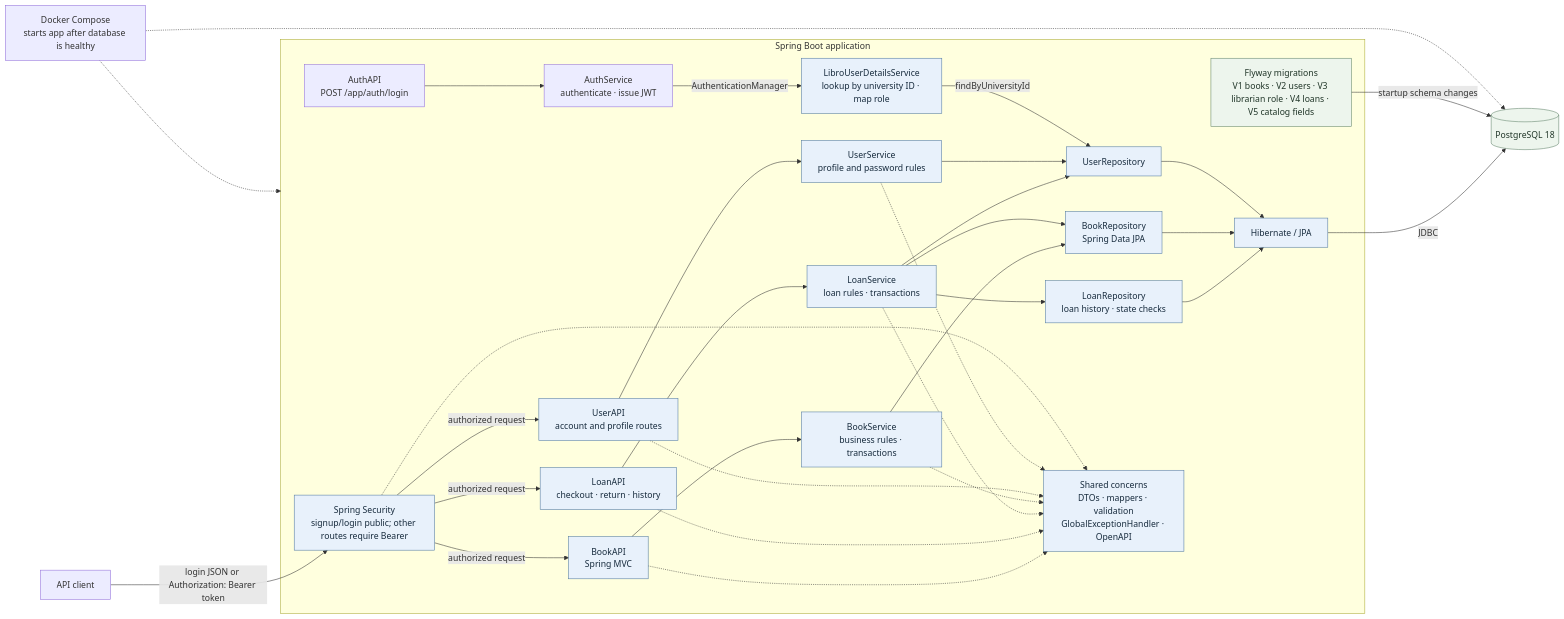
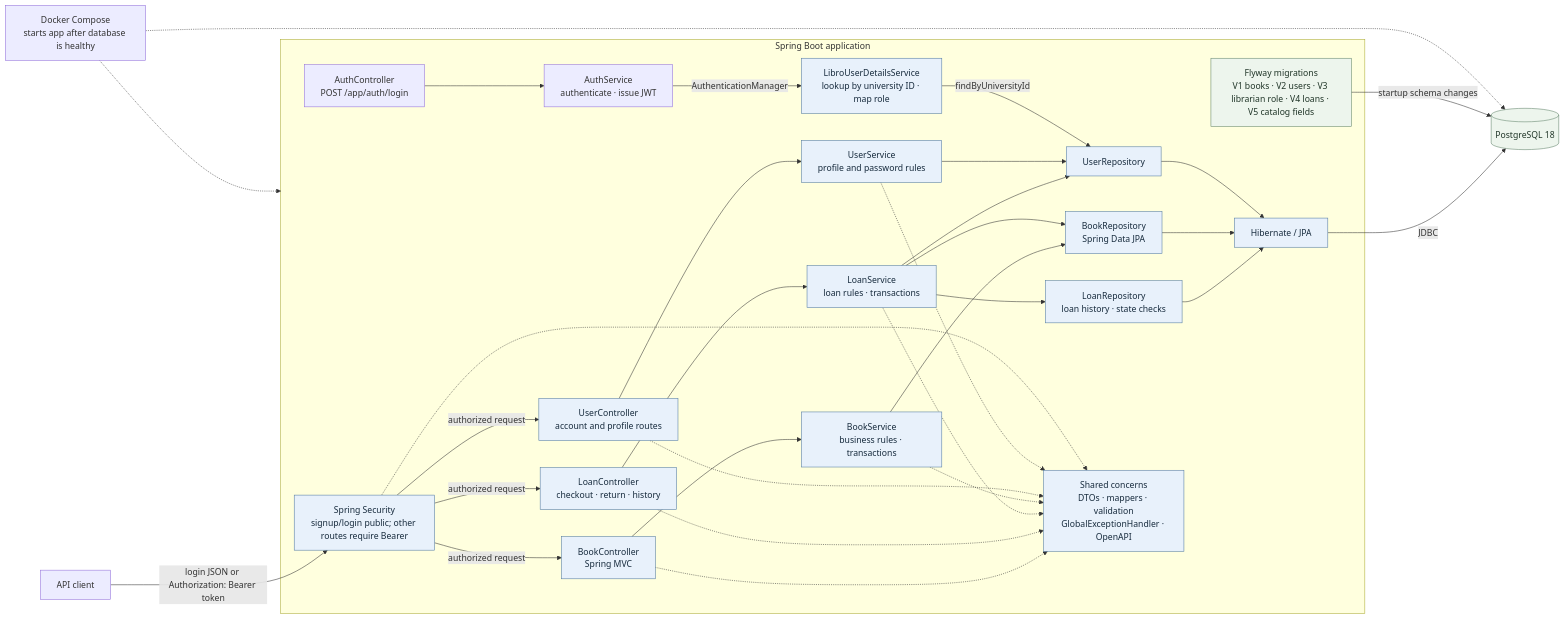
The first of 5 diagrams in docs/architecture.md (kyledelfin2006/libro-library-system), drawn with Mermaid before and after one commit. The commit also changed other lines of this file and 14 other files, not shown here.

````diff
--- a/docs/architecture.md
+++ b/docs/architecture.md
@@ -9,43 +9,43 @@
 ```mermaid
 flowchart LR
     Client["API client"]
     subgraph App["Spring Boot application"]
         Security["Spring Security<br/>signup/login public; other routes require Bearer"]
-        API["BookAPI<br/>Spring MVC"] --> Service["BookService<br/>business rules · transactions"]
+        API["BookController<br/>Spring MVC"] --> Service["BookService<br/>business rules · transactions"]
         Service --> BookRepo["BookRepository<br/>Spring Data JPA"]
-        LoanAPI["LoanAPI<br/>checkout · return · history"] --> LoanService["LoanService<br/>loan rules · transactions"]
+        LoanController["LoanController<br/>checkout · return · history"] --> LoanService["LoanService<br/>loan rules · transactions"]
         LoanService --> LoanRepo["LoanRepository<br/>loan history · state checks"]
         LoanService --> BookRepo
         LoanService --> UserRepo
         LoanRepo --> ORM
         BookRepo --> ORM["Hibernate / JPA"]
-        UserAPI["UserAPI<br/>account and profile routes"] --> User["UserService<br/>profile and password rules"]
+        UserController["UserController<br/>account and profile routes"] --> User["UserService<br/>profile and password rules"]
         User --> UserRepo["UserRepository"]
-        AuthAPI["AuthAPI<br/>POST /app/auth/login"] --> AuthService["AuthService<br/>authenticate · issue JWT"]
+        AuthController["AuthController<br/>POST /app/auth/login"] --> AuthService["AuthService<br/>authenticate · issue JWT"]
         AuthService -->|AuthenticationManager| UserDetails["LibroUserDetailsService<br/>lookup by university ID · map role"]
         UserDetails -->|findByUniversityId| UserRepo
         UserRepo --> ORM
         Flyway["Flyway migrations<br/>V1 books · V2 users · V3 librarian role · V4 loans · V5 catalog fields"]
         Shared["Shared concerns<br/>DTOs · mappers · validation<br/>GlobalExceptionHandler · OpenAPI"]
         Security -->|authorized request| API
-        Security -->|authorized request| UserAPI
-        Security -->|authorized request| LoanAPI
+        Security -->|authorized request| UserController
+        Security -->|authorized request| LoanController
         API -.-> Shared
-        LoanAPI -.-> Shared
+        LoanController -.-> Shared
         LoanService -.-> Shared
         Service -.-> Shared
-        UserAPI -.-> Shared
+        UserController -.-> Shared
         User -.-> Shared
         Security -.-> Shared
     end
     Client -->|login JSON or Authorization: Bearer token| Security
     ORM -->|JDBC| DB[("PostgreSQL 18")]
     Flyway -->|startup schema changes| DB
     Compose["Docker Compose<br/>starts app after database is healthy"] -.-> App
     Compose -.-> DB
 
     classDef service fill:#e8f1fb,stroke:#5078a0,color:#172b3d
     classDef data fill:#edf5ed,stroke:#62836a,color:#203528
-    class API,Service,BookRepo,LoanAPI,LoanService,LoanRepo,ORM,UserAPI,User,UserRepo,UserDetails,Shared,Security service
+    class API,Service,BookRepo,LoanController,LoanService,LoanRepo,ORM,UserController,User,UserRepo,UserDetails,Shared,Security service
     class DB,Flyway data
 ```
````
